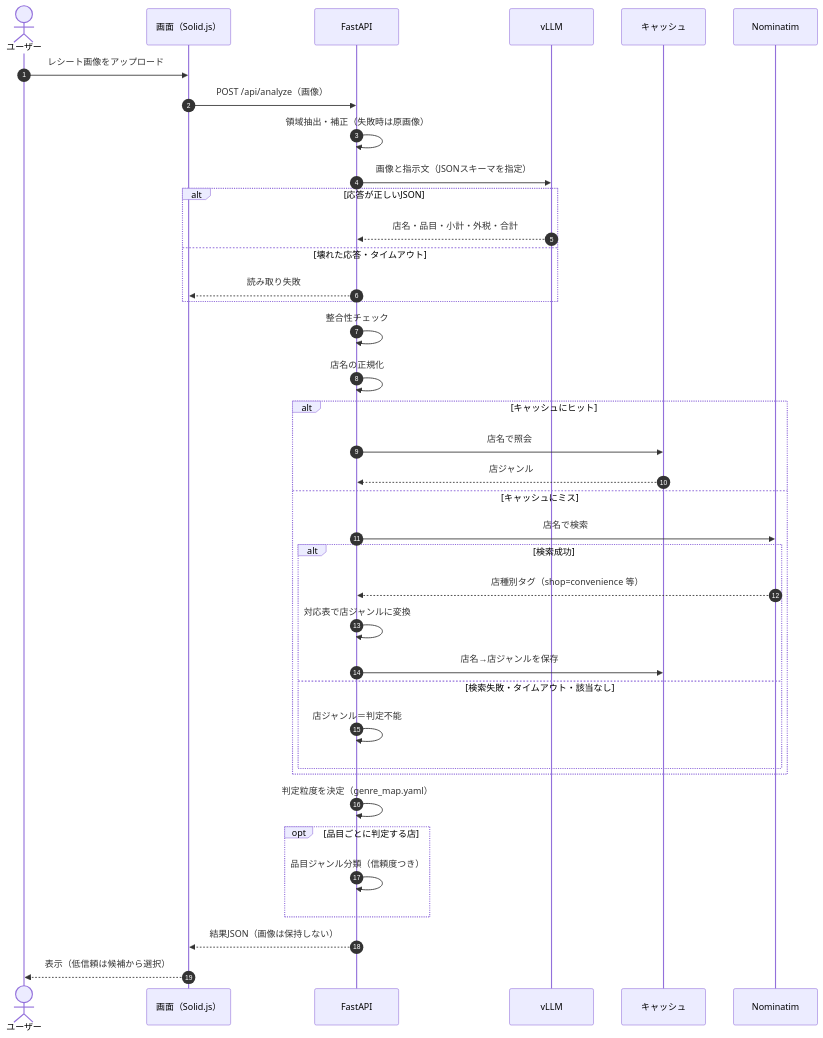
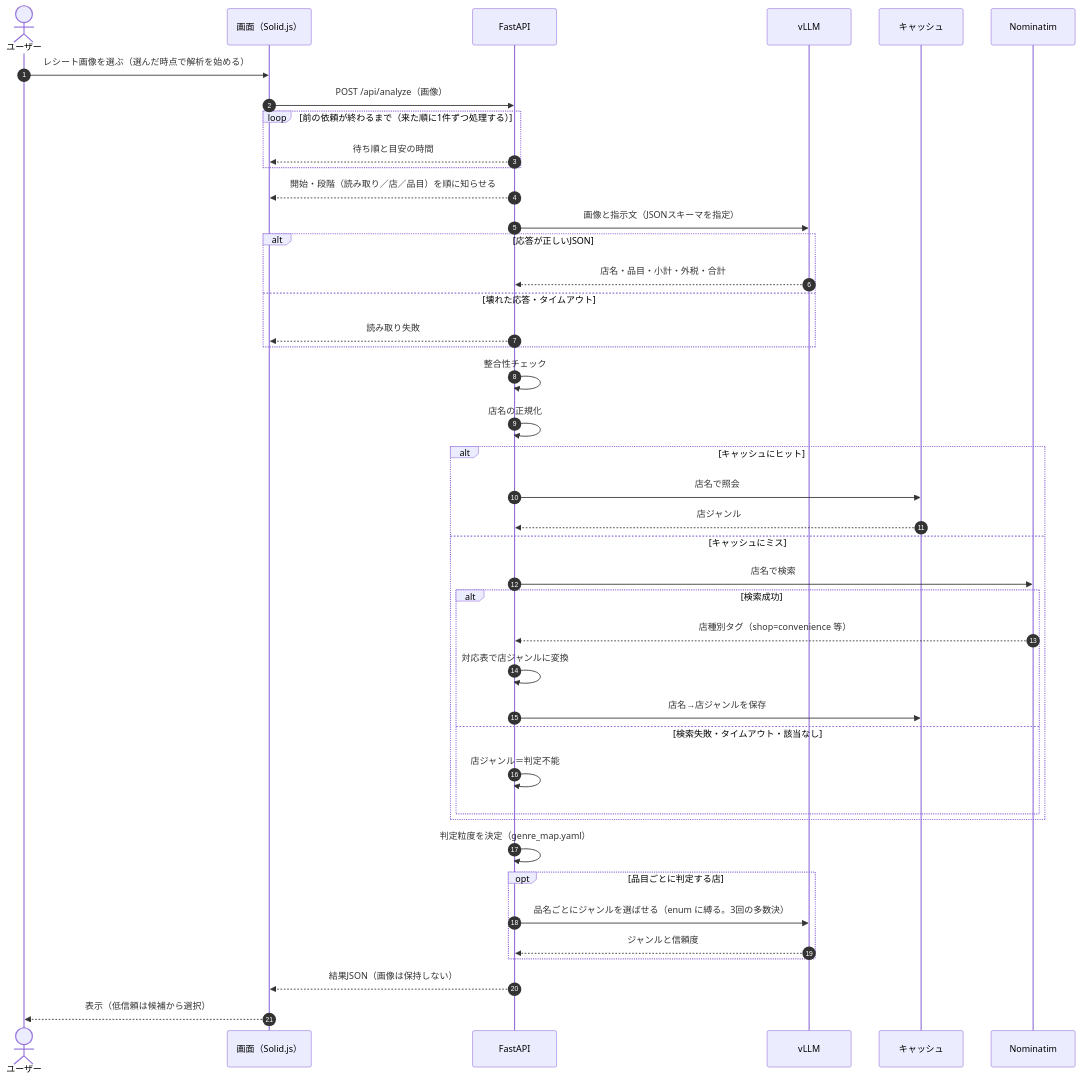
Before and after one commit to ndac-todoroki/receipt-tagger: the second of 4 diagrams in docs/architecture.md, drawn with Mermaid. The commit also changed other lines of this file, not shown here.

Commit message:
構成の資料に、解析のキューと進み具合のストリームを書き足す
API の返し方が1つの JSON から NDJSON のストリームに変わったことと、
品目ジャンルを LLM に問い合わせるようになったことを、流れの図に反映する。

````diff
--- a/docs/architecture.md
+++ b/docs/architecture.md
@@ -86,44 +86,48 @@
 ```mermaid
 sequenceDiagram
     autonumber
     actor User as ユーザー
     participant Web as 画面（Solid.js）
     participant Inf as FastAPI
     participant VLM as vLLM
     participant Cache as キャッシュ
     participant Search as Nominatim
 
-    User->>Web: レシート画像をアップロード
+    User->>Web: レシート画像を選ぶ（選んだ時点で解析を始める）
     Web->>Inf: POST /api/analyze（画像）
-    Inf->>Inf: 領域抽出・補正（失敗時は原画像）
+    loop 前の依頼が終わるまで（来た順に1件ずつ処理する）
+        Inf-->>Web: 待ち順と目安の時間
+    end
+    Inf-->>Web: 開始・段階（読み取り／店／品目）を順に知らせる
     Inf->>VLM: 画像と指示文（JSONスキーマを指定）
     alt 応答が正しいJSON
         VLM-->>Inf: 店名・品目・小計・外税・合計
     else 壊れた応答・タイムアウト
         Inf-->>Web: 読み取り失敗
     end
     Inf->>Inf: 整合性チェック
     Inf->>Inf: 店名の正規化
 
     alt キャッシュにヒット
         Inf->>Cache: 店名で照会
         Cache-->>Inf: 店ジャンル
     else キャッシュにミス
         Inf->>Search: 店名で検索
         alt 検索成功
             Search-->>Inf: 店種別タグ（shop=convenience 等）
             Inf->>Inf: 対応表で店ジャンルに変換
             Inf->>Cache: 店名→店ジャンルを保存
         else 検索失敗・タイムアウト・該当なし
             Inf->>Inf: 店ジャンル＝判定不能
         end
     end
 
     Inf->>Inf: 判定粒度を決定（genre_map.yaml）
     opt 品目ごとに判定する店
-        Inf->>Inf: 品目ジャンル分類（信頼度つき）
+        Inf->>VLM: 品名ごとにジャンルを選ばせる（enum に縛る。3回の多数決）
+        VLM-->>Inf: ジャンルと信頼度
     end
 
     Inf-->>Web: 結果JSON（画像は保持しない）
     Web-->>User: 表示（低信頼は候補から選択）
 ```
````
